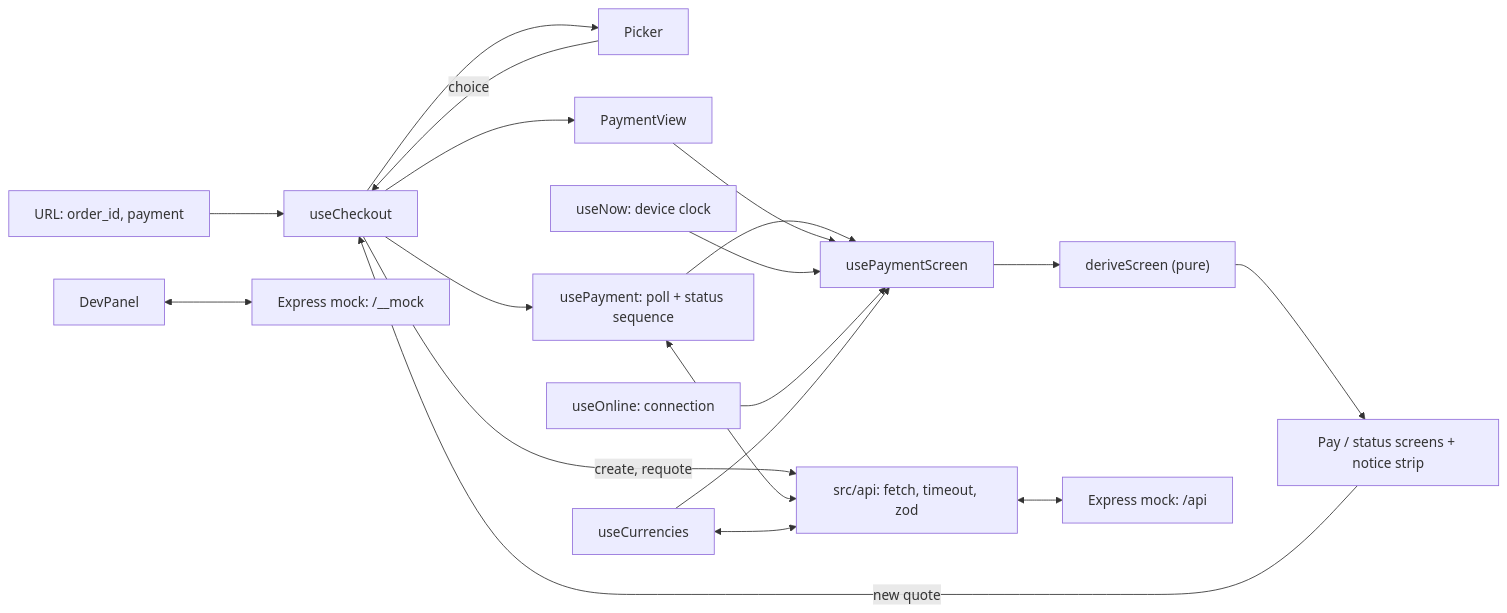
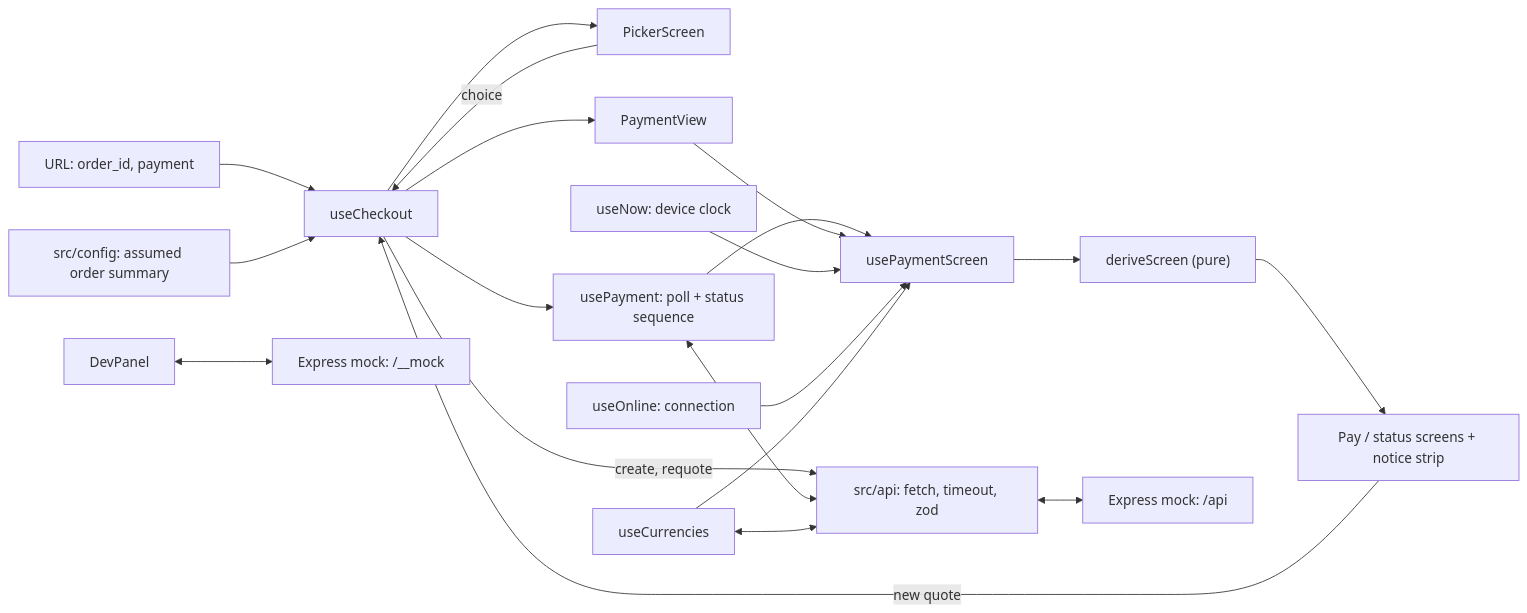
The second of 2 diagrams in docs/design-doc.md (gastonm5/demo-stablecoin-checkout), drawn with Mermaid before and after one commit. The commit also changed other lines of this file and 5 other files, not shown here.

````diff
--- a/docs/design-doc.md
+++ b/docs/design-doc.md
@@ -155,21 +155,22 @@
 ```mermaid
 flowchart LR
     URL["URL: order_id, payment"] --> UC["useCheckout"]
-    UC --> PK["Picker"]
+    CFG["src/config: assumed order summary"] --> UC
+    UC --> PK["PickerScreen"]
     UC --> PV["PaymentView"]
     UC --> UP["usePayment: poll + status sequence"]
     UP --> PS["usePaymentScreen"]
     PV --> PS
     NOW["useNow: device clock"] --> PS
     ON["useOnline: connection"] --> PS
     CUR["useCurrencies"] --> PS
     PS --> DS["deriveScreen (pure)"]
     DS --> SC["Pay / status screens + notice strip"]
     PK -- "choice" --> UC
     SC -- "new quote" --> UC
     UC -- "create, requote" --> API
     UP <--> API["src/api: fetch, timeout, zod"]
     CUR <--> API
     API <--> MOCK["Express mock: /api"]
     DP["DevPanel"] <--> CTRL["Express mock: /__mock"]
 ```
````
